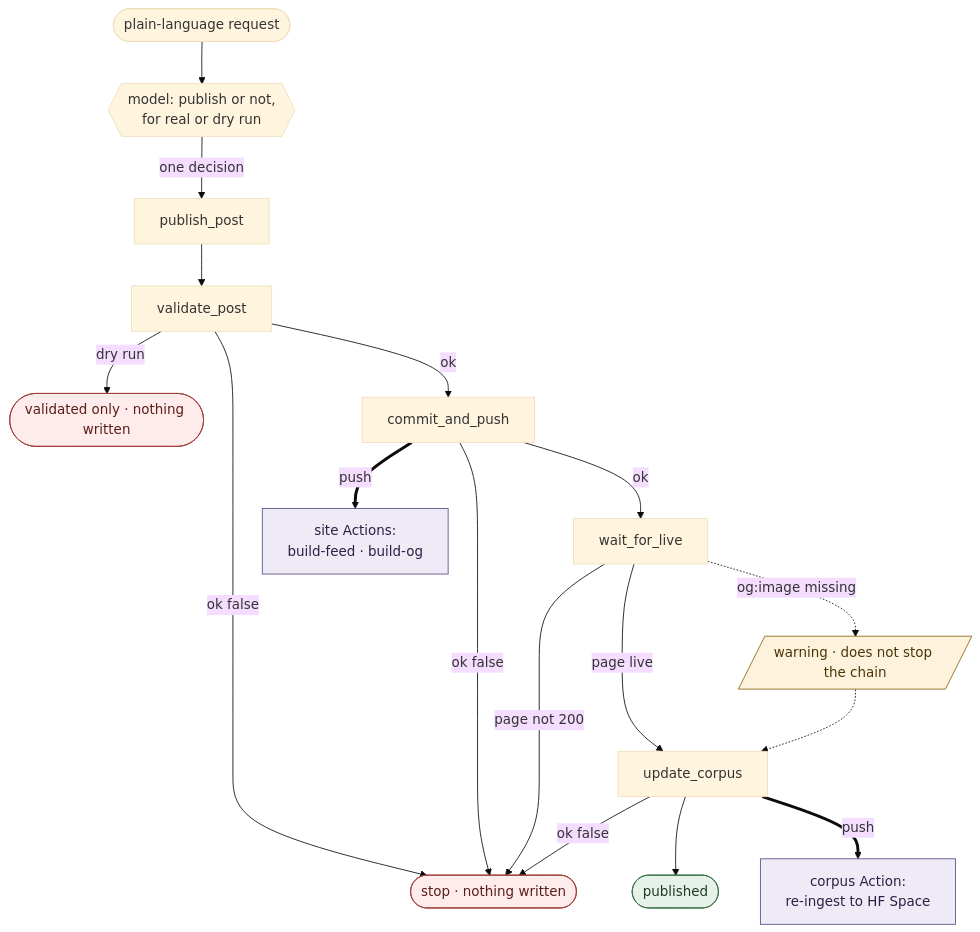
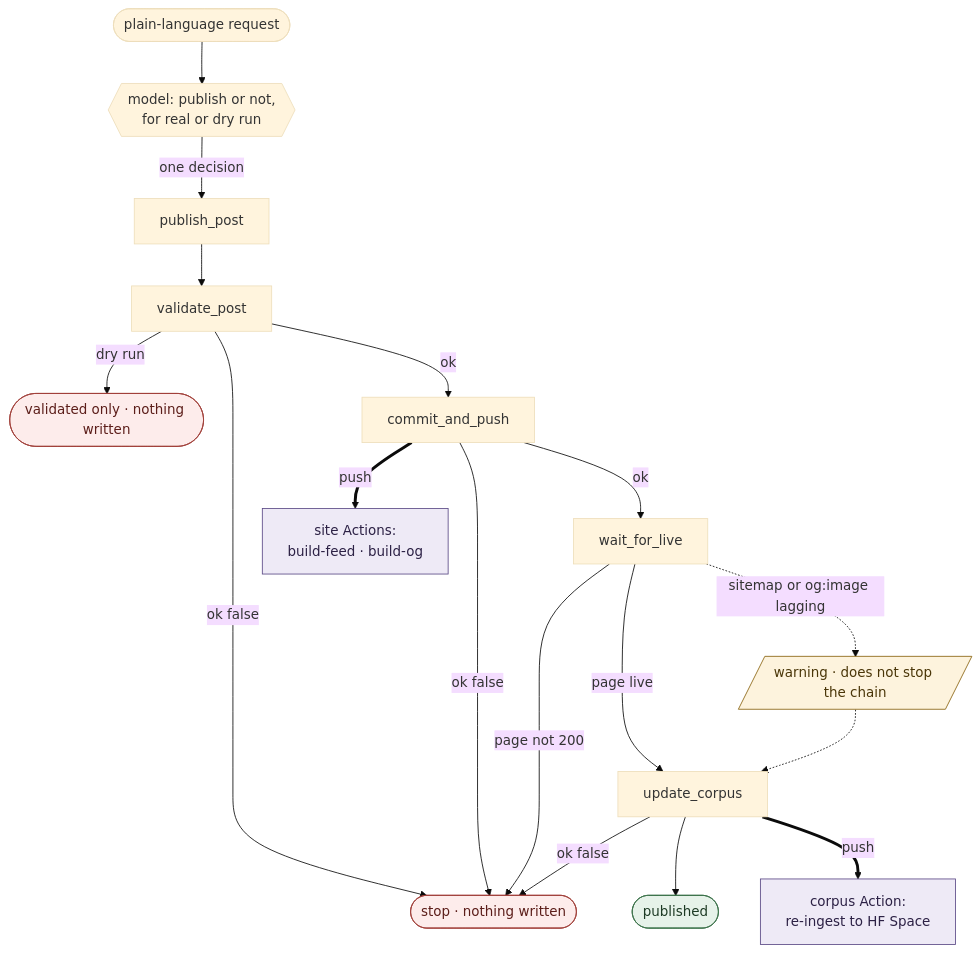
One commit to RNVizion/rnv-publishing-agent changed the diagram in README.md. Above: the diagram before and after it, drawn with Mermaid (base theme). The commit also changed other lines of this file, not shown here.

````diff
--- a/README.md
+++ b/README.md
@@ -115,27 +117,27 @@
 ```mermaid
 flowchart TD
     U([plain-language request]) --> M{{"model: publish or not,<br/>for real or dry run"}}
     M -->|one decision| P[publish_post]
 
     P --> V[validate_post]
     V -->|ok false| STOP(["stop · nothing written"]):::halt
     V -->|dry run| DRY(["validated only · nothing written"]):::halt
     V -->|ok| C[commit_and_push]
     C -->|ok false| STOP
     C -->|ok| W[wait_for_live]
     W -->|page not 200| STOP
     W -->|page live| UC[update_corpus]
     UC -->|ok false| STOP
     UC --> DONE([published]):::done
 
-    W -.->|"og:image missing"| WARN[/"warning · does not stop the chain"/]:::warn
+    W -.->|"sitemap or og:image lagging"| WARN[/"warning · does not stop the chain"/]:::warn
     WARN -.-> UC
 
     C ==>|push| GHA["site Actions:<br/>build-feed · build-og"]:::ci
     UC ==>|push| CGHA["corpus Action:<br/>re-ingest to HF Space"]:::ci
 
     classDef halt fill:#fdeceb,stroke:#a03f38,color:#5c1e1a
     classDef done fill:#e6f2e9,stroke:#3a7048,color:#1d3a24
     classDef warn fill:#fdf3dd,stroke:#8a6410,color:#4a3608
     classDef ci fill:#eeeaf6,stroke:#5b4a86,color:#2c2145
 ```
````
